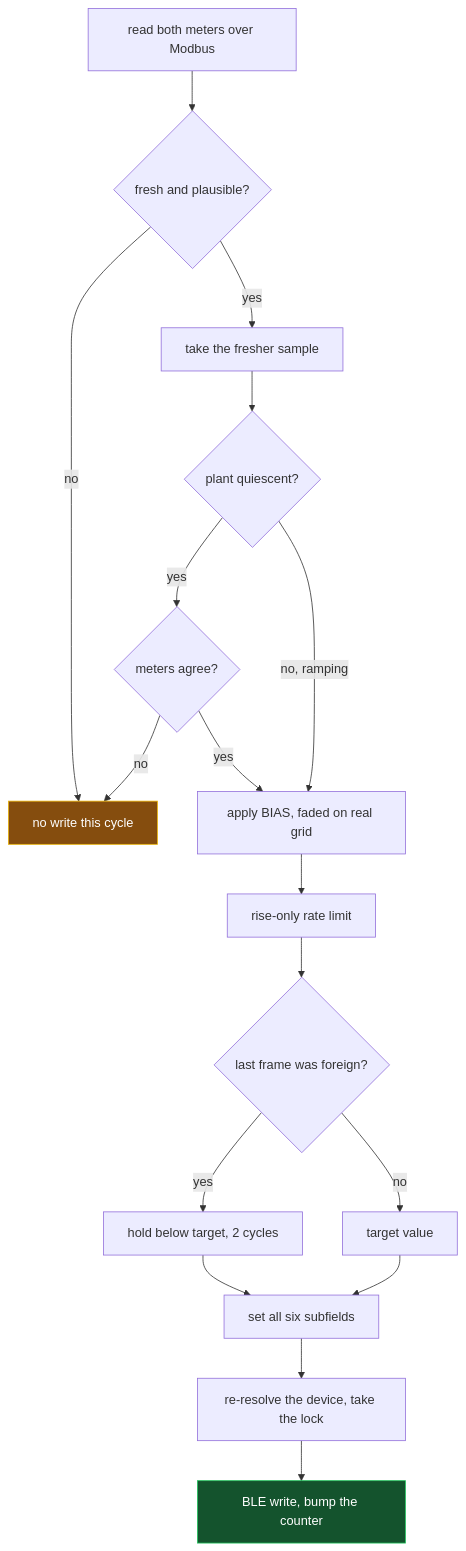
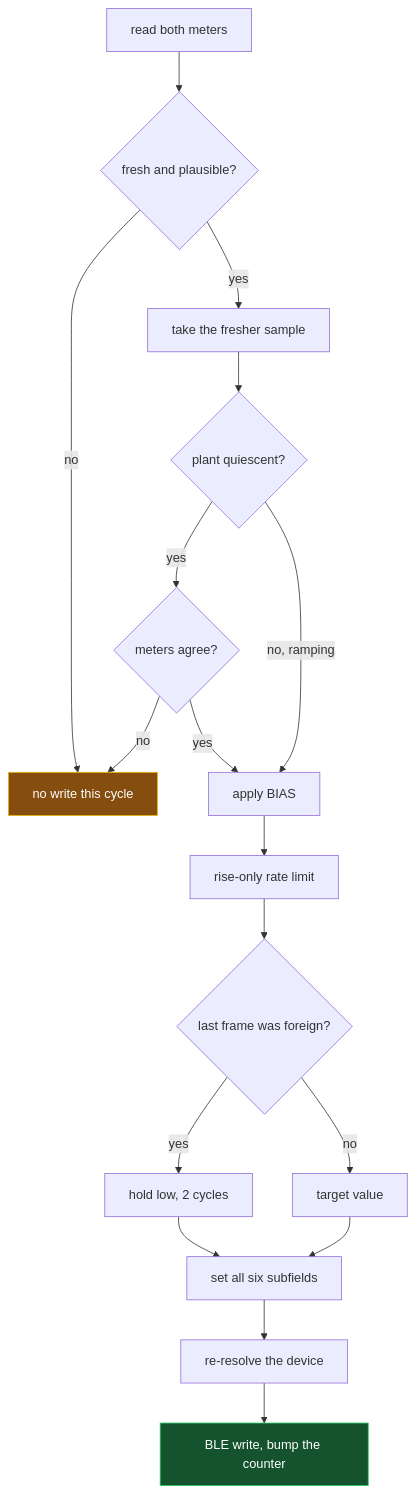
Before and after one commit to phoinixgrr/mastori: the seventh of 16 diagrams in content/posts/ecoflow-zero-export-ble-meter-injection/index.md, drawn with Mermaid. The commit also changed other lines of this file, not shown here.

```diff
--- a/content/posts/ecoflow-zero-export-ble-meter-injection/index.md
+++ b/content/posts/ecoflow-zero-export-ble-meter-injection/index.md
@@ -276,22 +230,22 @@
 {{< mermaid >}}
 flowchart TD
-    A["read both meters over Modbus"] --> B{"fresh and plausible?"}
+    A["read both meters"] --> B{"fresh and plausible?"}
     B -->|no| Z["no write this cycle"]
     B -->|yes| C["take the fresher sample"]
     C --> D{"plant quiescent?"}
     D -->|yes| E{"meters agree?"}
     E -->|no| Z
     E -->|yes| F
-    D -->|"no, ramping"| F["apply BIAS, faded on real grid"]
+    D -->|"no, ramping"| F["apply BIAS"]
     F --> G["rise-only rate limit"]
     G --> H{"last frame was foreign?"}
-    H -->|yes| I["hold below target, 2 cycles"]
+    H -->|yes| I["hold low, 2 cycles"]
     H -->|no| J["target value"]
     I --> K["set all six subfields"]
     J --> K
-    K --> L["re-resolve the device, take the lock"]
+    K --> L["re-resolve the device"]
     L --> M["BLE write, bump the counter"]
 
     style Z fill:#854d0e,stroke:#eab308,color:#fff
     style M fill:#14532d,stroke:#22c55e,color:#fff
 {{< /mermaid >}}
```
